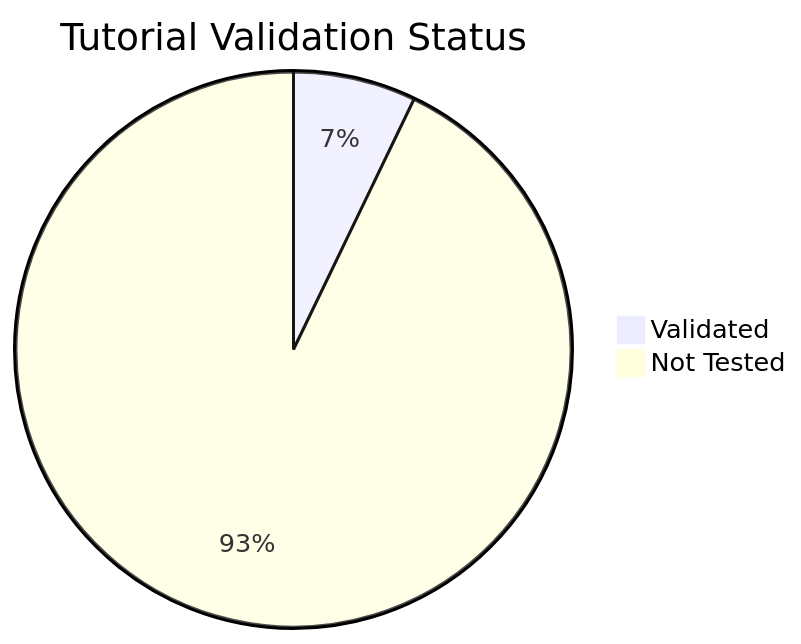
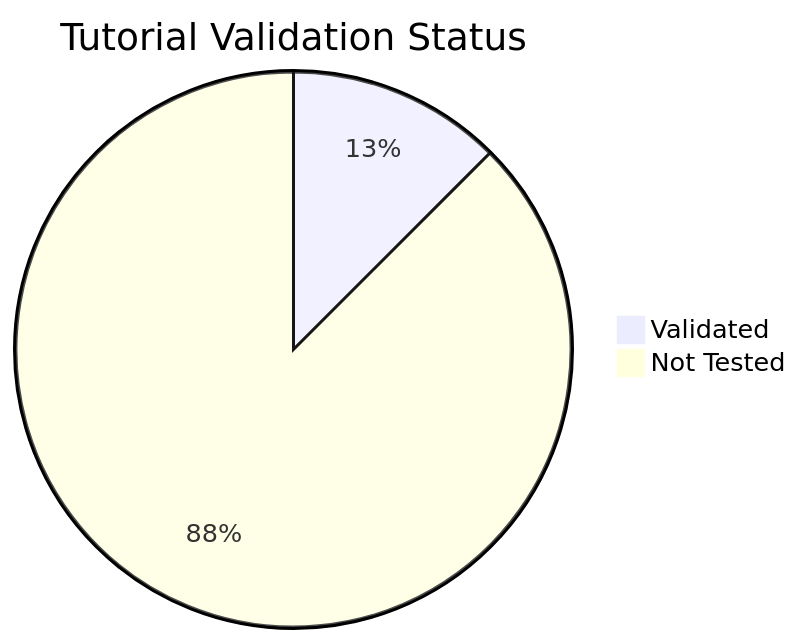
Before and after one commit to yeongseon/azure-functions-practical-guide: the diagram in docs/reference/validation-status.md, drawn with Mermaid. The commit also changed other lines of this file and 7 other files, not shown here.

````diff
--- a/docs/reference/validation-status.md
+++ b/docs/reference/validation-status.md
@@ -17,5 +17,5 @@
 ```mermaid
 pie title Tutorial Validation Status
-    "Validated" : 8
-    "Not Tested" : 104
+    "Validated" : 14
+    "Not Tested" : 98
 ```
````
